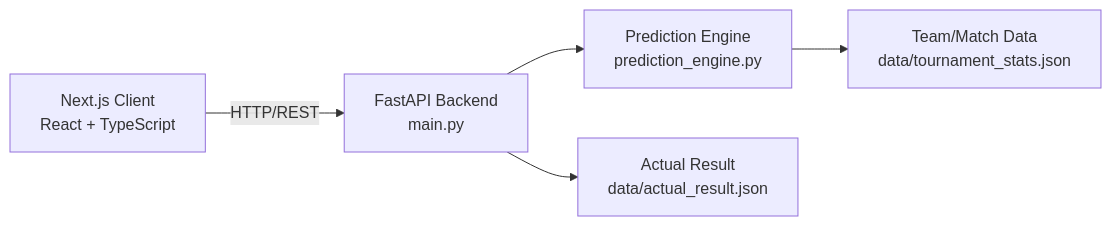
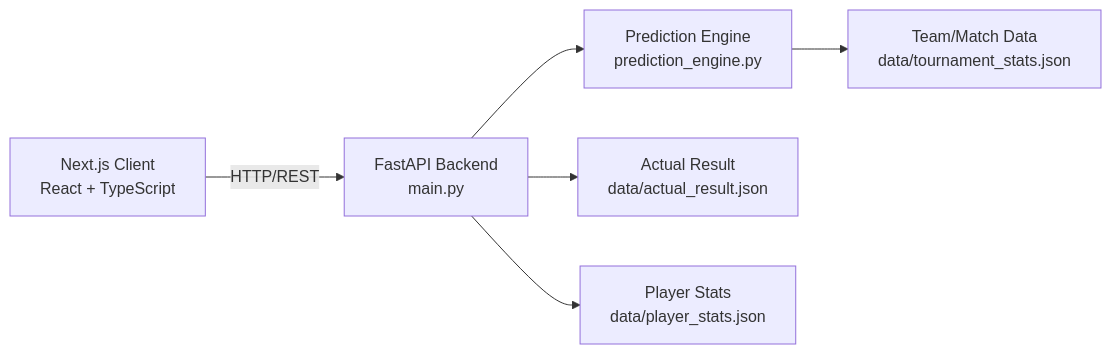
One commit to y0zzz/WC2026-final-prediction changed the diagram in README.md. Above: the diagram before and after it, drawn with Mermaid. The commit also changed other lines of this file, not shown here.

````diff
--- a/README.md
+++ b/README.md
@@ -57,7 +68,8 @@
 ```mermaid
 graph LR
     A[Next.js Client<br/>React + TypeScript] -->|HTTP/REST| B[FastAPI Backend<br/>main.py]
     B --> C[Prediction Engine<br/>prediction_engine.py]
     B --> E[Actual Result<br/>data/actual_result.json]
+    B --> F[Player Stats<br/>data/player_stats.json]
     C --> D[Team/Match Data<br/>data/tournament_stats.json]
 ```
````
